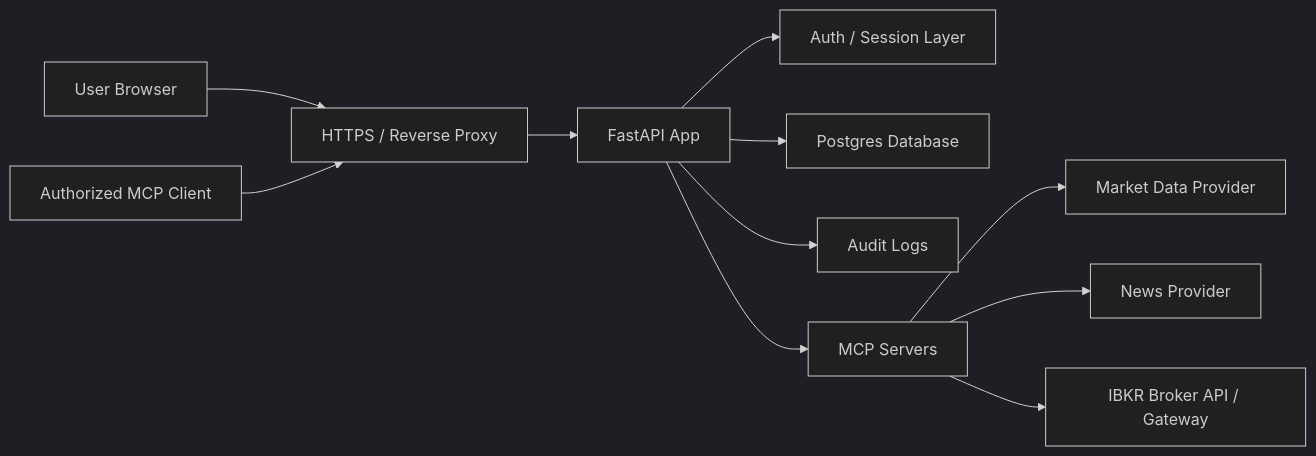
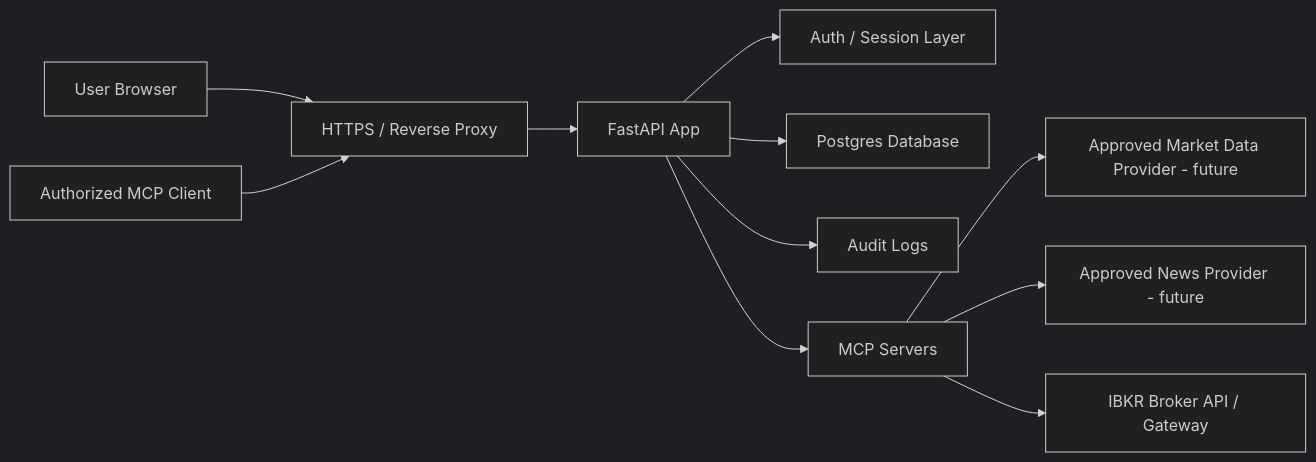
One commit to thejavascriptways/IFSC-78603-Graduate-Project-trading_journal-mcp changed the second of 2 diagrams in docs/deployment_plan.md. Above: the diagram before and after it, drawn with Mermaid (dark theme). The commit also changed other lines of this file and 40 other files, not shown here.

Commit message:
Restore Alpaca market data and update MCP documentation

````diff
--- a/docs/deployment_plan.md
+++ b/docs/deployment_plan.md
@@ -360,13 +370,13 @@
 ```mermaid
 flowchart LR
     USER["User Browser"] --> CDN["HTTPS / Reverse Proxy"]
     CLIENT["Authorized MCP Client"] --> CDN
     CDN --> APP["FastAPI App"]
     APP --> AUTH["Auth / Session Layer"]
     APP --> DB["Postgres Database"]
     APP --> LOGS["Audit Logs"]
     APP --> MCP["MCP Servers"]
-    MCP --> MKT["Market Data Provider"]
-    MCP --> NEWS["News Provider"]
+    MCP --> MKT["Approved Market Data Provider - future"]
+    MCP --> NEWS["Approved News Provider - future"]
     MCP --> IBKR["IBKR Broker API / Gateway"]
 ```
````
